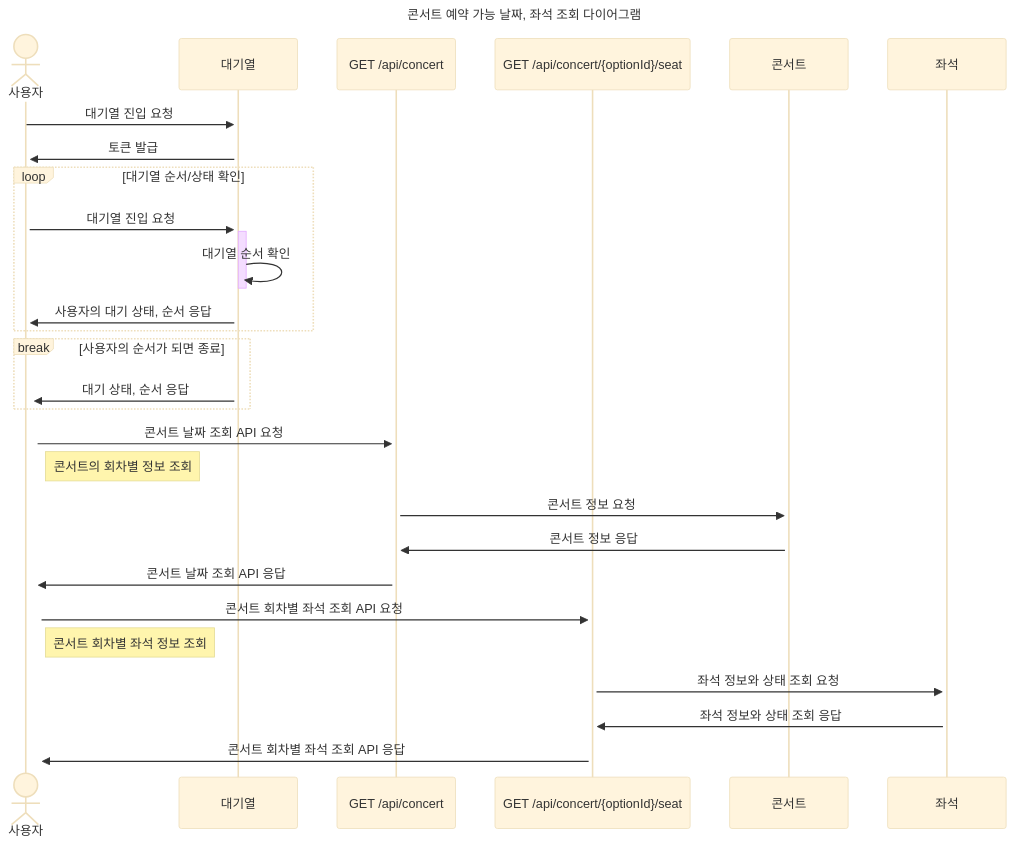
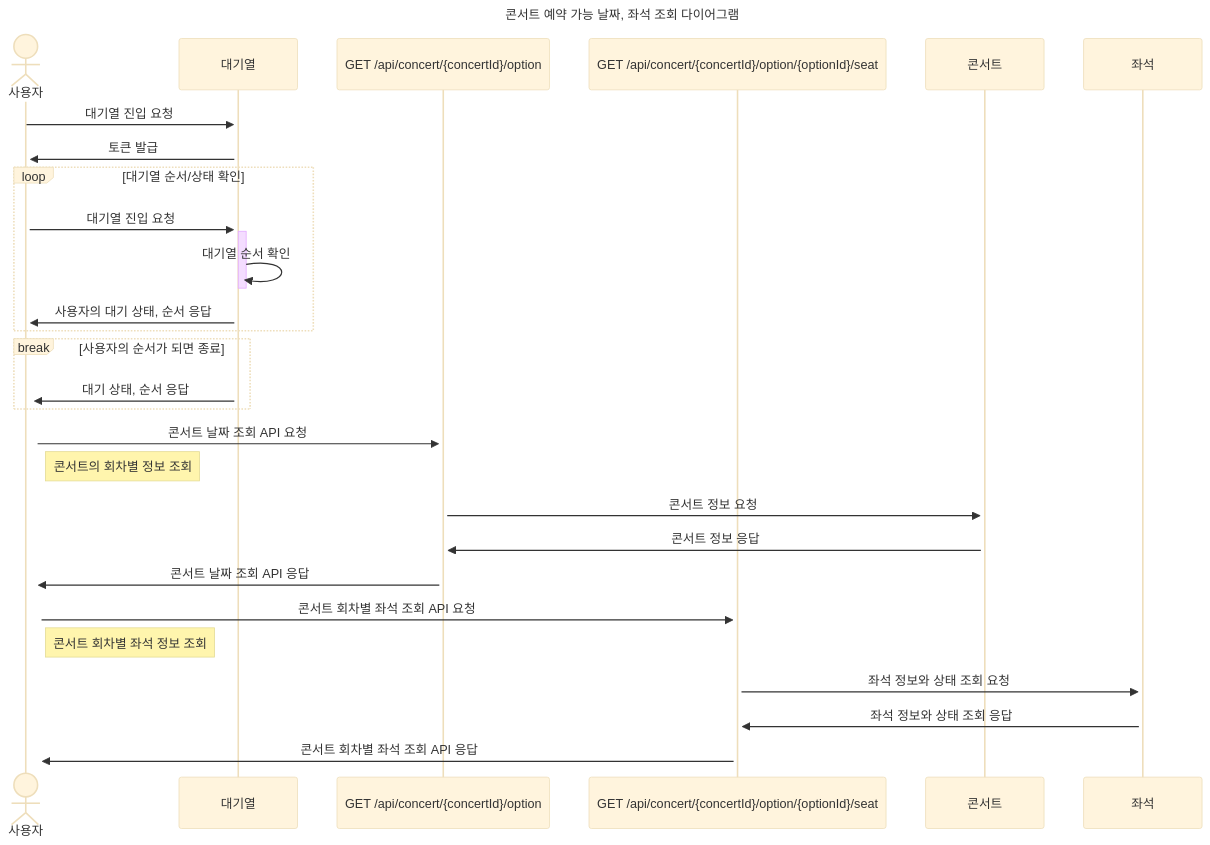
Before and after one commit to vvoohhee/concert-system: the diagram in document/diagram/sequence/GetConcert.md, drawn with Mermaid (base theme). The commit also changed 3 other files, not shown here.

````diff
--- a/document/diagram/sequence/GetConcert.md
+++ b/document/diagram/sequence/GetConcert.md
@@ -10,42 +10,42 @@
 ```mermaid
 sequenceDiagram
     title 콘서트 예약 가능 날짜, 좌석 조회 다이어그램
     actor 사용자
     participant 대기열
-    participant concertapi as GET /api/concert
-    participant seatapi as GET /api/concert/{optionId}/seat
+    participant concertapi as GET /api/concert/{concertId}/option
+    participant seatapi as GET /api/concert/{concertId}/option/{optionId}/seat
     participant 콘서트
     participant 좌석
     
     사용자 ->>+ 대기열 : 대기열 진입 요청
 
     대기열 ->>+ 사용자 : 토큰 발급
     
     loop 대기열 순서/상태 확인
         사용자 ->>+ 대기열 : 대기열 진입 요청
         대기열 ->>- 대기열 : 대기열 순서 확인
         대기열 ->>+ 사용자 : 사용자의 대기 상태, 순서 응답
     end
     break 사용자의 순서가 되면 종료
         대기열 ->>+ 사용자 : 대기 상태, 순서 응답
     end
 
     사용자 ->>+ concertapi : 콘서트 날짜 조회 API 요청
     note right of 사용자 : 콘서트의 회차별 정보 조회
 
     concertapi ->>+ 콘서트 : 콘서트 정보 요청
 
     콘서트 ->>+ concertapi : 콘서트 정보 응답
 
     concertapi ->>+ 사용자 : 콘서트 날짜 조회 API 응답
     
     사용자 ->>+ seatapi : 콘서트 회차별 좌석 조회 API 요청
     note right of 사용자 : 콘서트 회차별 좌석 정보 조회
     
     seatapi ->>+ 좌석 : 좌석 정보와 상태 조회 요청
     
     좌석 ->>+ seatapi : 좌석 정보와 상태 조회 응답
     
     seatapi ->>+ 사용자 : 콘서트 회차별 좌석 조회 API 응답
     
 ```
````
